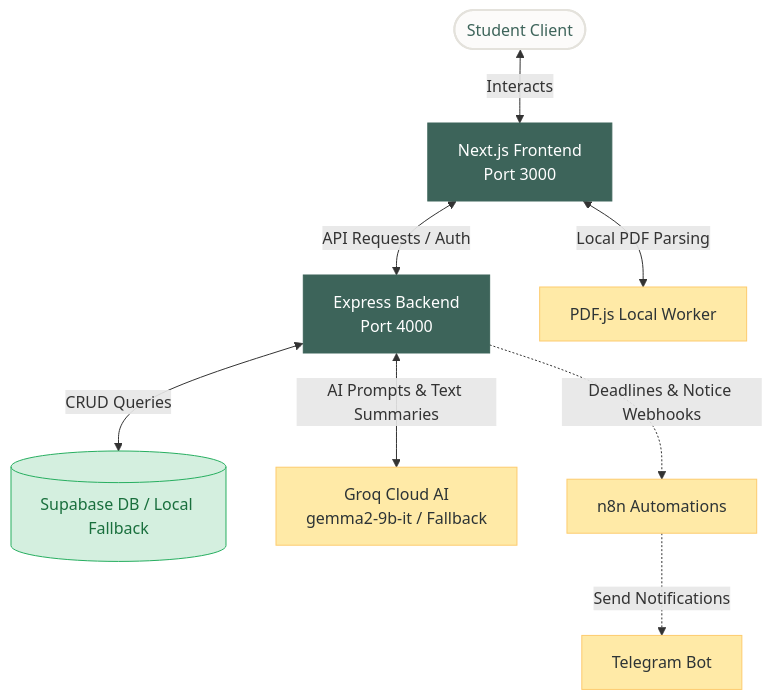
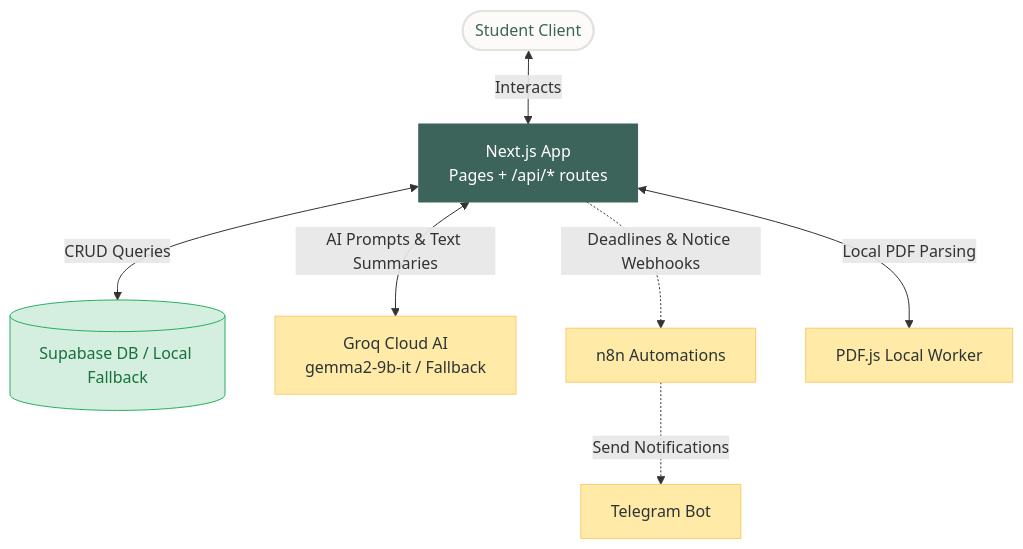
Before and after one commit to ArrinPaul/CampusFlow: the first of 3 diagrams in README.md, drawn with Mermaid. The commit also changed other lines of this file and 28 other files, not shown here.

First line of the commit message:
chore: remove standalone Express backend, update deploy configs

````diff
--- a/README.md
+++ b/README.md
@@ -14,27 +14,25 @@
 ```mermaid
 graph TD
     %% Styling
     classDef default fill:#FCFBFA,stroke:#E4E2DC,stroke-width:2px,color:#3D645A;
     classDef primary fill:#3D645A,stroke:#3D645A,stroke-width:1px,color:#ffffff;
     classDef secondary fill:#ffeaa7,stroke:#fdcb6e,stroke-width:1px,color:#2d3436;
     classDef db fill:#d4efdf,stroke:#27ae60,stroke-width:1px,color:#196f3d;
 
     %% Nodes
     User([Student Client])
-    FE[Next.js Frontend <br/>Port 3000]:::primary
-    BE[Express Backend <br/>Port 4000]:::primary
+    App[Next.js App <br/>Pages + /api/* routes]:::primary
     DB[(Supabase DB / Local Fallback)]:::db
     GroqAI[Groq Cloud AI <br/>gemma2-9b-it / Fallback]:::secondary
     N8n[n8n Automations]:::secondary
     TG[Telegram Bot]:::secondary
     PDF[PDF.js Local Worker]:::secondary
 
     %% Edits
-    User <--> |Interacts| FE
-    FE <--> |API Requests / Auth| BE
-    FE <--> |Local PDF Parsing| PDF
-    BE <--> |CRUD Queries| DB
-    BE <--> |AI Prompts & Text Summaries| GroqAI
-    BE -.-> |Deadlines & Notice Webhooks| N8n
+    User <--> |Interacts| App
+    App <--> |Local PDF Parsing| PDF
+    App <--> |CRUD Queries| DB
+    App <--> |AI Prompts & Text Summaries| GroqAI
+    App -.-> |Deadlines & Notice Webhooks| N8n
     N8n -.-> |Send Notifications| TG
 ```
````
